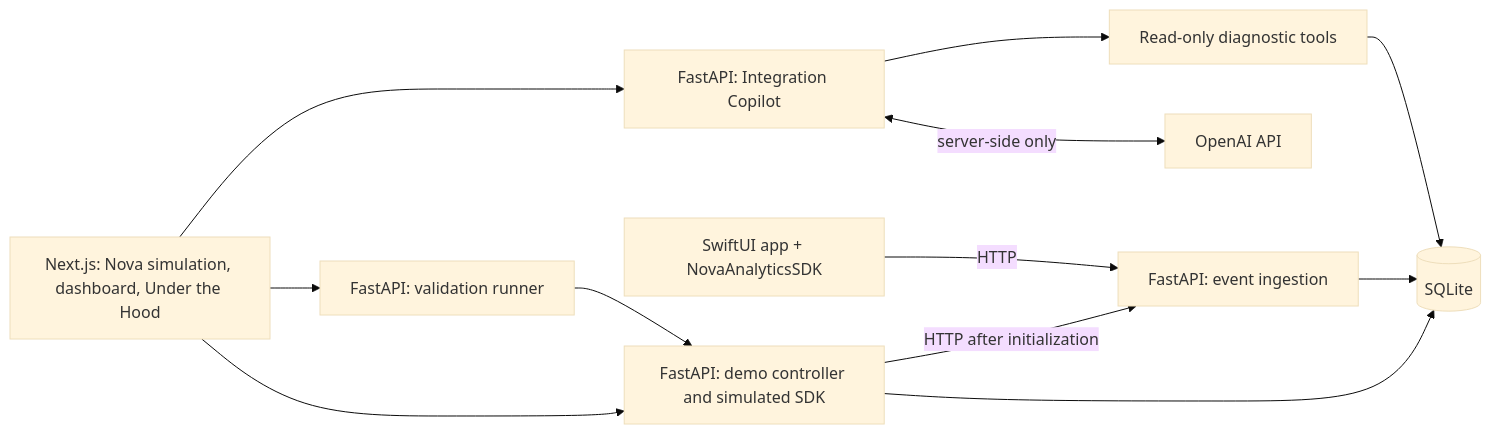
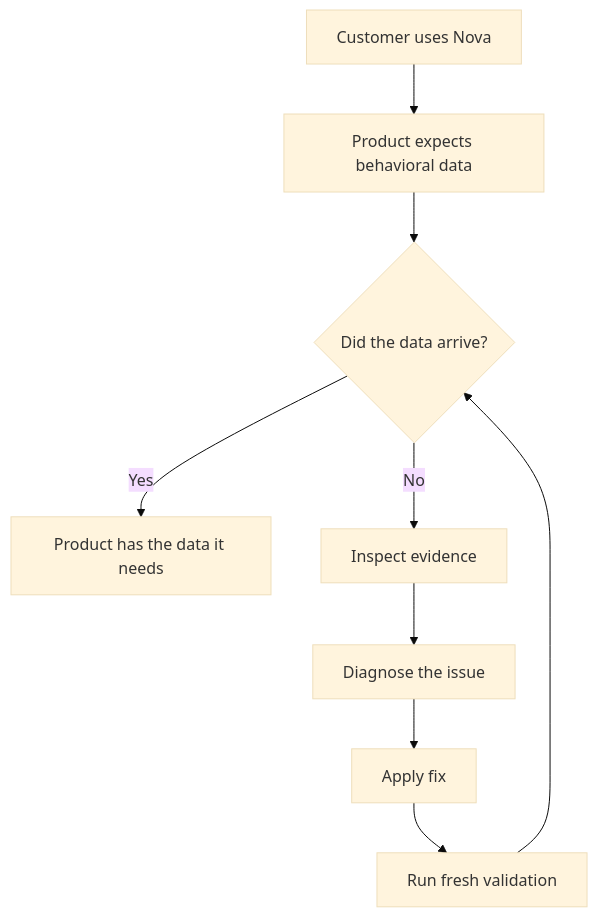
The diagram in README.md (nivoonna/signaltrace), drawn with Mermaid (base theme) before and after one commit. The commit also changed other lines of this file and 1 other file, not shown here.

````diff
--- a/README.md
+++ b/README.md
@@ -266,14 +37,11 @@
 ```mermaid
-flowchart LR
-    Web["Next.js: Nova simulation, dashboard, Under the Hood"] --> Demo["FastAPI: demo controller and simulated SDK"]
-    Demo -->|HTTP after initialization| Ingest["FastAPI: event ingestion"]
-    Native["SwiftUI app + NovaAnalyticsSDK"] -->|HTTP| Ingest
-    Demo --> DB[(SQLite)]
-    Ingest --> DB
-    Web --> Agent["FastAPI: Integration Copilot"]
-    Agent <-->|server-side only| OpenAI[OpenAI API]
-    Agent --> Tools["Read-only diagnostic tools"]
-    Tools --> DB
-    Web --> Validate["FastAPI: validation runner"]
-    Validate --> Demo
+flowchart TD
+    A["Customer uses Nova"] --> B["Product expects behavioral data"]
+    B --> C{"Did the data arrive?"}
+    C -->|Yes| D["Product has the data it needs"]
+    C -->|No| E["Inspect evidence"]
+    E --> F["Diagnose the issue"]
+    F --> G["Apply fix"]
+    G --> H["Run fresh validation"]
+    H --> C
 ```
````
